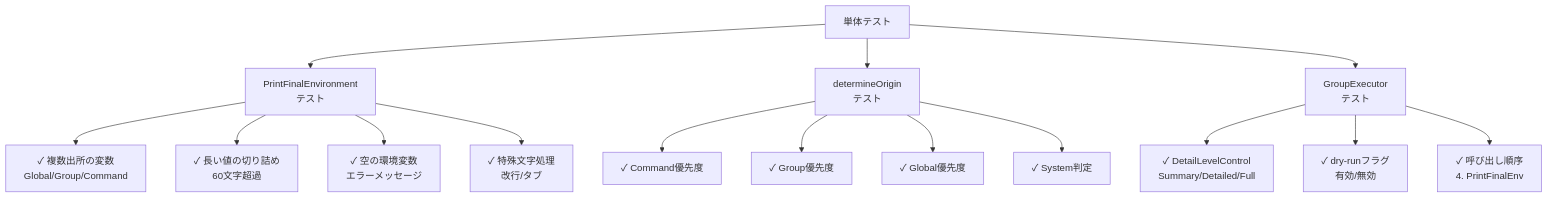
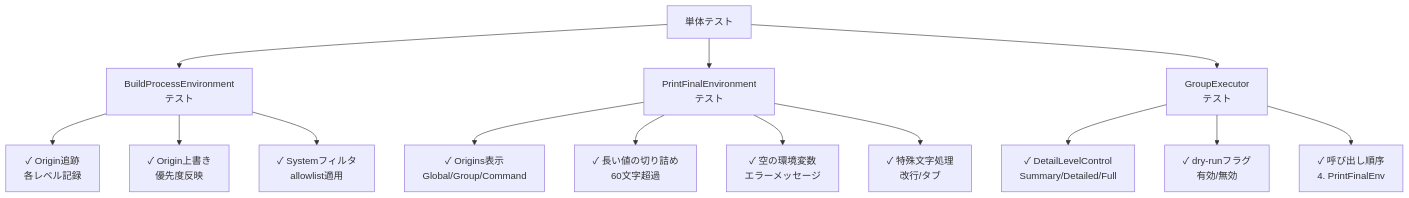
The seventh of 10 diagrams in docs/tasks/0044_dryrun_final_env_display/03_detailed_specifications.md (isseis/go-safe-cmd-runner), drawn with Mermaid before and after one commit. The commit also changed other lines of this file and 1 other file, not shown here.

First line of the commit message:
docs: update dry-run final environment display spec and origin tracking

````diff
--- a/docs/tasks/0044_dryrun_final_env_display/03_detailed_specifications.md
+++ b/docs/tasks/0044_dryrun_final_env_display/03_detailed_specifications.md
@@ -485,22 +723,21 @@
 ```mermaid
 graph TD
     UT["単体テスト"]
 
+    UT --> BPE["BuildProcessEnvironment<br/>テスト"]
     UT --> PFE["PrintFinalEnvironment<br/>テスト"]
-    UT --> DO["determineOrigin<br/>テスト"]
     UT --> GE["GroupExecutor<br/>テスト"]
 
-    PFE --> PFE1["✓ 複数出所の変数<br/>Global/Group/Command"]
+    BPE --> BPE1["✓ Origin追跡<br/>各レベル記録"]
+    BPE --> BPE2["✓ Origin上書き<br/>優先度反映"]
+    BPE --> BPE3["✓ Systemフィルタ<br/>allowlist適用"]
+
+    PFE --> PFE1["✓ Origins表示<br/>Global/Group/Command"]
     PFE --> PFE2["✓ 長い値の切り詰め<br/>60文字超過"]
     PFE --> PFE3["✓ 空の環境変数<br/>エラーメッセージ"]
     PFE --> PFE4["✓ 特殊文字処理<br/>改行/タブ"]
-
-    DO --> DO1["✓ Command優先度"]
-    DO --> DO2["✓ Group優先度"]
-    DO --> DO3["✓ Global優先度"]
-    DO --> DO4["✓ System判定"]
 
     GE --> GE1["✓ DetailLevelControl<br/>Summary/Detailed/Full"]
     GE --> GE2["✓ dry-runフラグ<br/>有効/無効"]
     GE --> GE3["✓ 呼び出し順序<br/>4. PrintFinalEnv"]
 ```
````
